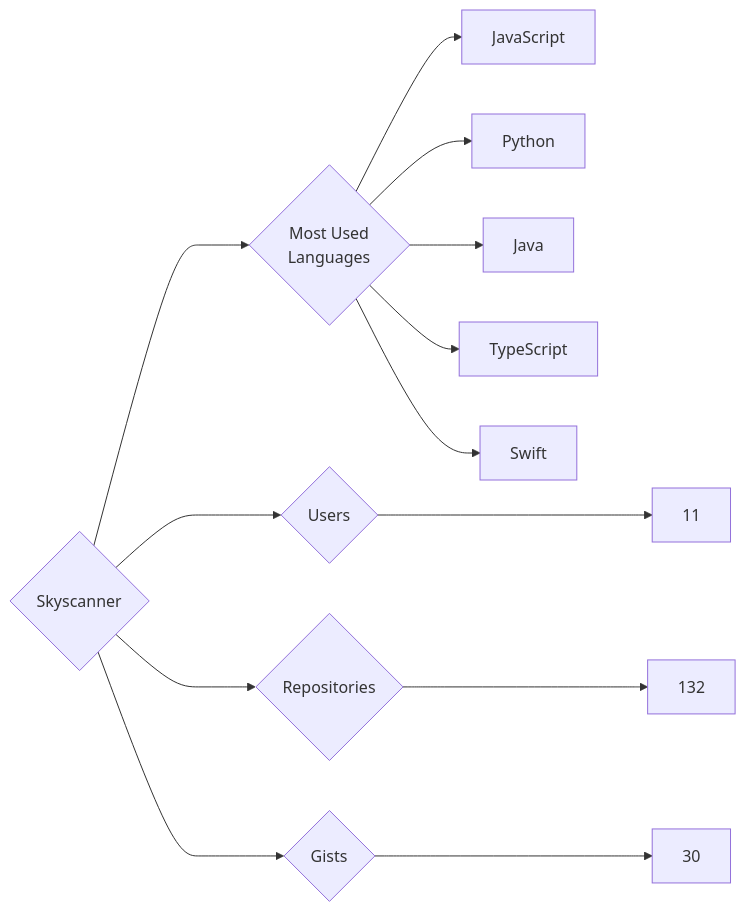
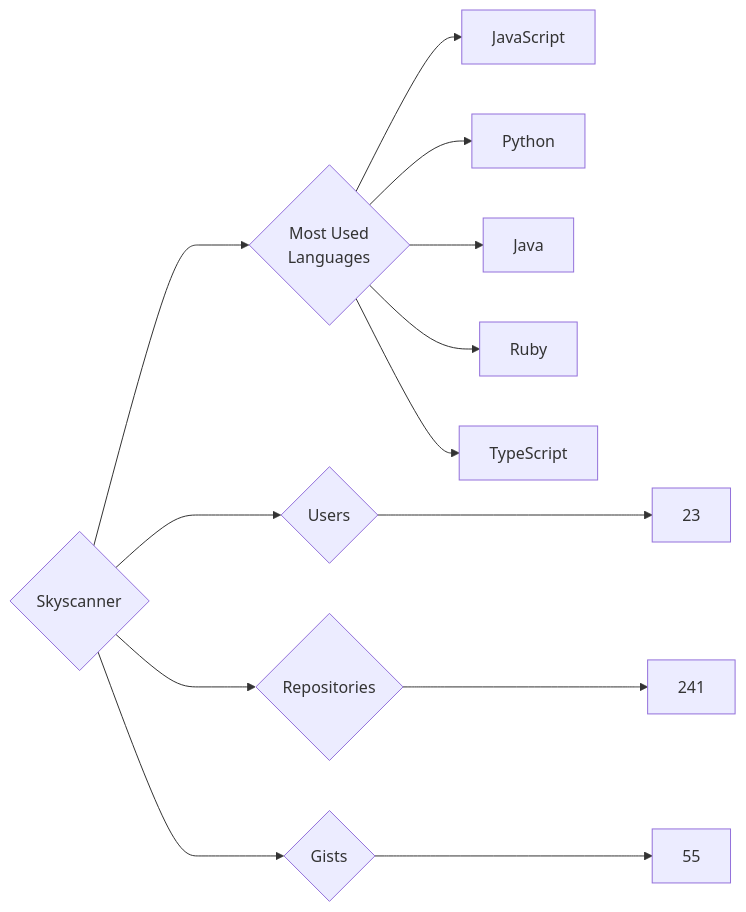
One commit to trickest/insiders changed the diagram in targets/Skyscanner/README.md. Above: the diagram before and after it, drawn with Mermaid. The commit also changed 1696 other files, not shown here.

````diff
--- a/targets/Skyscanner/README.md
+++ b/targets/Skyscanner/README.md
@@ -3,13 +3,13 @@
 ```mermaid
 graph LR
 COMPANY_NAME{Skyscanner}
-COMPANY_NAME ---> U{Users} ---> UN[11]
-COMPANY_NAME ---> R{Repositories} ---> RN[132]
-COMPANY_NAME ---> G{Gists} ---> GN[30]
+COMPANY_NAME ---> U{Users} ---> UN[23]
+COMPANY_NAME ---> R{Repositories} ---> RN[241]
+COMPANY_NAME ---> G{Gists} ---> GN[55]
 COMPANY_NAME ---> ML{Most Used<br>Languages}
 ML --> JavaScript[JavaScript]
 ML --> Python[Python]
 ML --> Java[Java]
+ML --> Ruby[Ruby]
 ML --> TypeScript[TypeScript]
-ML --> Swift[Swift]
 ```
````
